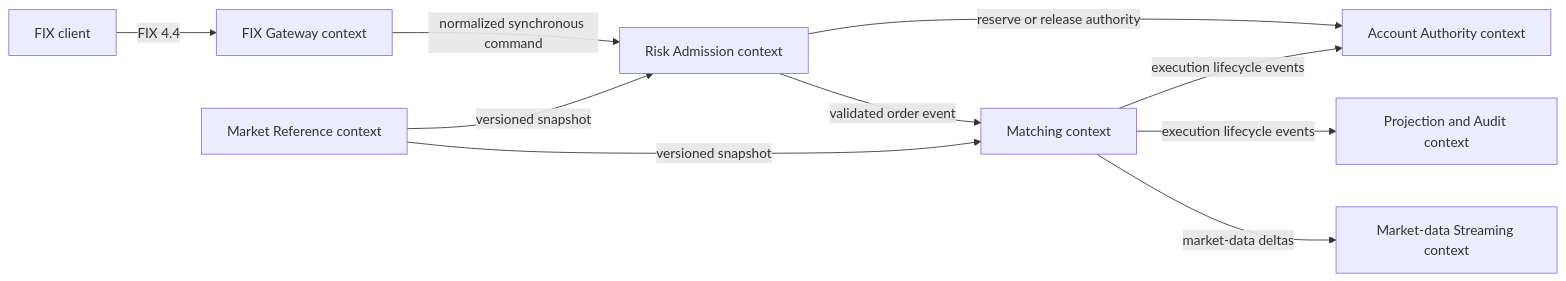
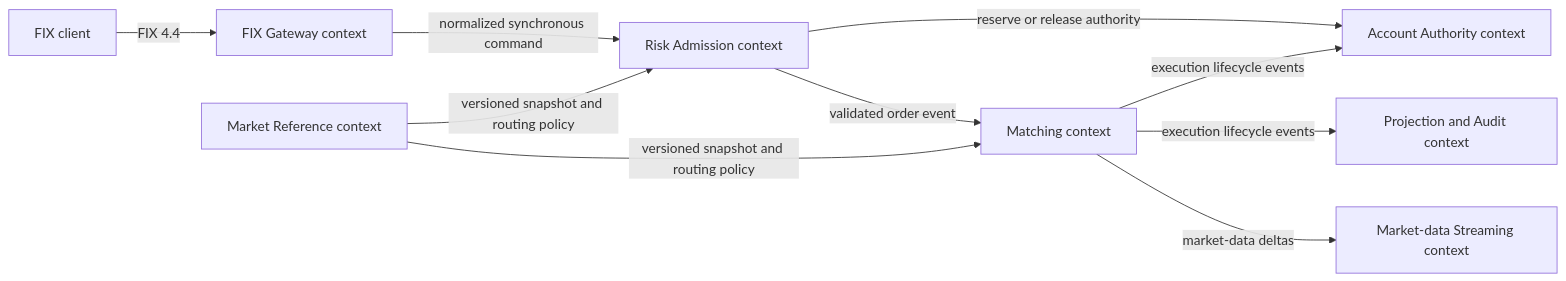
Before and after one commit to WenHsuanYu/SimpleMatch: the diagram in CONTEXT.md, drawn with Mermaid. The commit also changed other lines of this file and 2 other files, not shown here.

First line of the commit message:
Document routing policy ownership

````diff
--- a/CONTEXT.md
+++ b/CONTEXT.md
@@ -11,12 +11,12 @@
 ```mermaid
 flowchart LR
     Client[FIX client] -->|FIX 4.4| Gateway[FIX Gateway context]
     Gateway -->|normalized synchronous command| Risk[Risk Admission context]
     Risk -->|reserve or release authority| Account[Account Authority context]
     Risk -->|validated order event| Matching[Matching context]
-    Market[Market Reference context] -->|versioned snapshot| Risk
-    Market -->|versioned snapshot| Matching
+    Market[Market Reference context] -->|versioned snapshot and routing policy| Risk
+    Market -->|versioned snapshot and routing policy| Matching
     Matching -->|execution lifecycle events| Account
     Matching -->|execution lifecycle events| Projection[Projection and Audit context]
     Matching -->|market-data deltas| Streaming[Market-data Streaming context]
 ```
````
